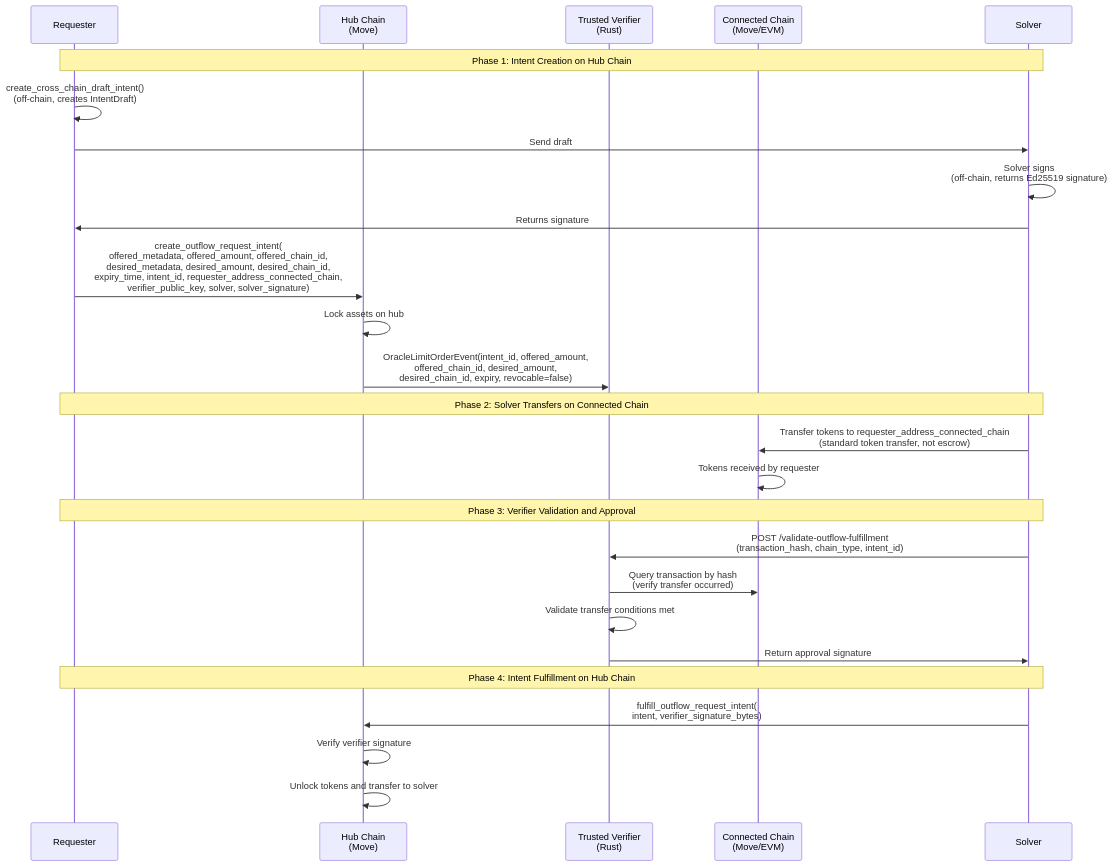
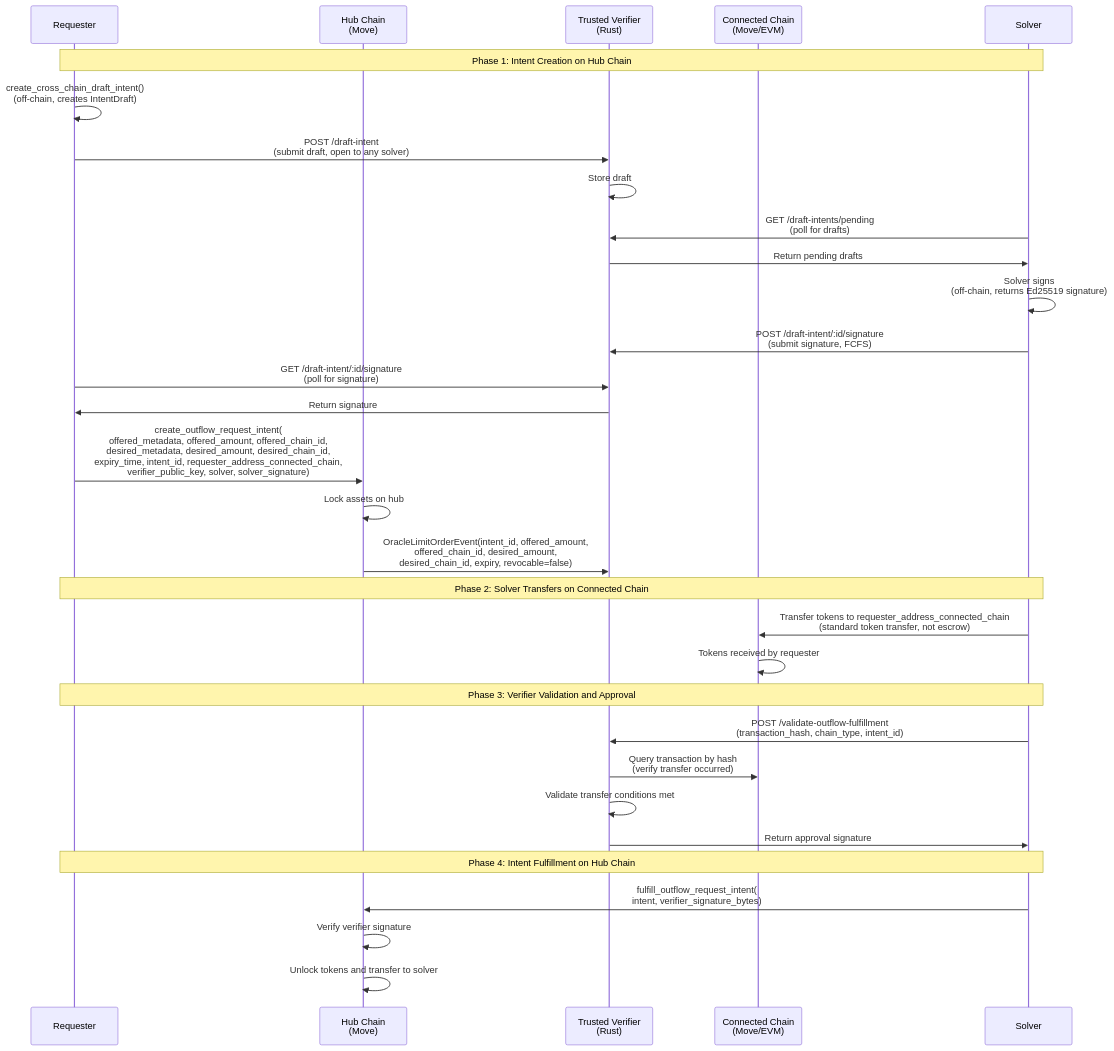
Before and after one commit to movementlabsxyz/intent-framework: the second of 4 diagrams in docs/protocol.md, drawn with Mermaid. The commit also changed other lines of this file and 17 other files, not shown here.

````diff
--- a/docs/protocol.md
+++ b/docs/protocol.md
@@ -95,32 +104,37 @@
 ```mermaid
 sequenceDiagram
     participant Requester
     participant Hub as Hub Chain<br/>(Move)
     participant Verifier as Trusted Verifier<br/>(Rust)
     participant Connected as Connected Chain<br/>(Move/EVM)
     participant Solver
 
     Note over Requester,Solver: Phase 1: Intent Creation on Hub Chain
     Requester->>Requester: create_cross_chain_draft_intent()<br/>(off-chain, creates IntentDraft)
-    Requester->>Solver: Send draft
+    Requester->>Verifier: POST /draft-intent<br/>(submit draft, open to any solver)
+    Verifier->>Verifier: Store draft
+    Solver->>Verifier: GET /draft-intents/pending<br/>(poll for drafts)
+    Verifier->>Solver: Return pending drafts
     Solver->>Solver: Solver signs<br/>(off-chain, returns Ed25519 signature)
-    Solver->>Requester: Returns signature
+    Solver->>Verifier: POST /draft-intent/:id/signature<br/>(submit signature, FCFS)
+    Requester->>Verifier: GET /draft-intent/:id/signature<br/>(poll for signature)
+    Verifier->>Requester: Return signature
     Requester->>Hub: create_outflow_request_intent(<br/>offered_metadata, offered_amount, offered_chain_id,<br/>desired_metadata, desired_amount, desired_chain_id,<br/>expiry_time, intent_id, requester_address_connected_chain,<br/>verifier_public_key, solver, solver_signature)
     Hub->>Hub: Lock assets on hub
     Hub->>Verifier: OracleLimitOrderEvent(intent_id, offered_amount,<br/>offered_chain_id, desired_amount,<br/>desired_chain_id, expiry, revocable=false)
 
     Note over Requester,Solver: Phase 2: Solver Transfers on Connected Chain
     Solver->>Connected: Transfer tokens to requester_address_connected_chain<br/>(standard token transfer, not escrow)
     Connected->>Connected: Tokens received by requester
 
     Note over Requester,Solver: Phase 3: Verifier Validation and Approval
     Solver->>Verifier: POST /validate-outflow-fulfillment<br/>(transaction_hash, chain_type, intent_id)
     Verifier->>Connected: Query transaction by hash<br/>(verify transfer occurred)
     Verifier->>Verifier: Validate transfer conditions met
     Verifier->>Solver: Return approval signature
 
     Note over Requester,Solver: Phase 4: Intent Fulfillment on Hub Chain
     Solver->>Hub: fulfill_outflow_request_intent(<br/>intent, verifier_signature_bytes)
     Hub->>Hub: Verify verifier signature
     Hub->>Hub: Unlock tokens and transfer to solver
 ```
````
